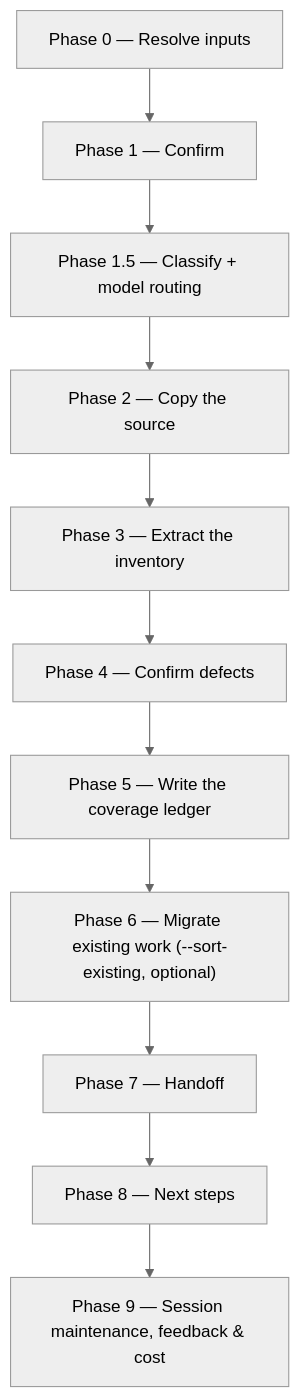
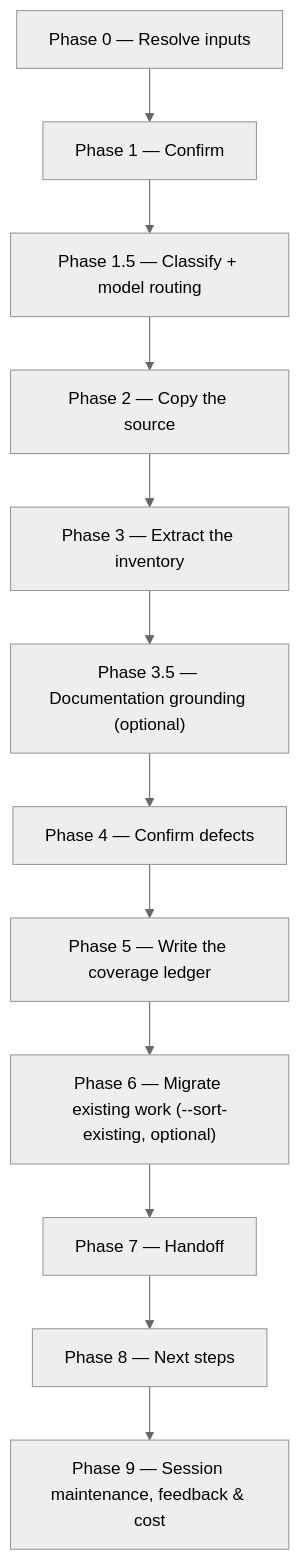
The diagram in plugins/dev-workflows/docs/commands/brd-intake.md (ihudak/ihudak-claude-plugins), drawn with Mermaid (neutral theme) before and after one commit. The commit also changed other lines of this file and 9 other files, not shown here.

````diff
--- a/plugins/dev-workflows/docs/commands/brd-intake.md
+++ b/plugins/dev-workflows/docs/commands/brd-intake.md
@@ -33,13 +34,14 @@
 ```mermaid
 flowchart TD
     p0["Phase 0 — Resolve inputs"] --> p1["Phase 1 — Confirm"]
     p1 --> p15["Phase 1.5 — Classify + model routing"]
     p15 --> p2["Phase 2 — Copy the source"]
     p2 --> p3["Phase 3 — Extract the inventory"]
-    p3 --> p4["Phase 4 — Confirm defects"]
+    p3 --> p35["Phase 3.5 — Documentation grounding (optional)"]
+    p35 --> p4["Phase 4 — Confirm defects"]
     p4 --> p5["Phase 5 — Write the coverage ledger"]
     p5 --> p6["Phase 6 — Migrate existing work (--sort-existing, optional)"]
     p6 --> p7["Phase 7 — Handoff"]
     p7 --> p8["Phase 8 — Next steps"]
     p8 --> p9["Phase 9 — Session maintenance, feedback & cost"]
 ```
````
